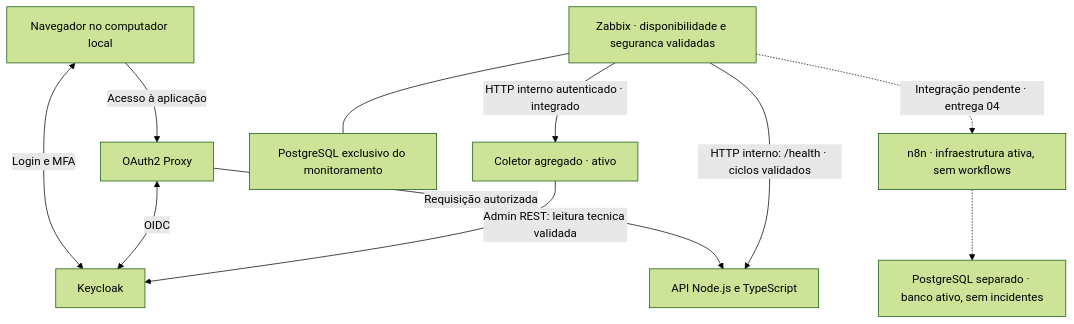
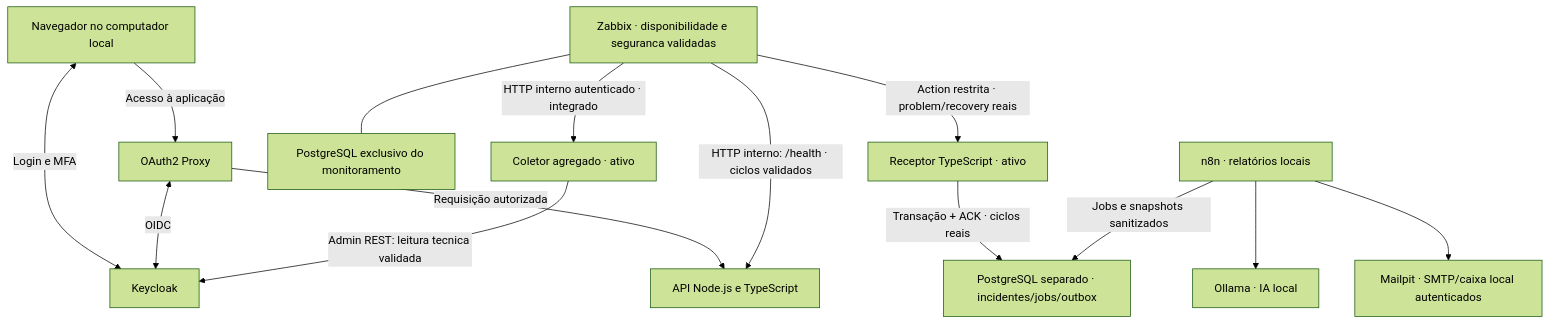
The diagram in docs/architecture.md (analiceleite/secure_ops_lab), drawn with Mermaid (forest theme) before and after one commit. The commit also changed other lines of this file and 43 other files, not shown here.

Commit message:
feat: integrar incidentes e relatorios com IA local e documentar demo

````diff
--- a/docs/architecture.md
+++ b/docs/architecture.md
@@ -15,14 +15,17 @@
 ```mermaid
 flowchart TD
     user[Navegador no computador local]
     user -->|Acesso à aplicação| proxy[OAuth2 Proxy]
     user <-->|Login e MFA| keycloak[Keycloak]
     proxy <-->|OIDC| keycloak
     proxy -->|Requisição autorizada| api[API Node.js e TypeScript]
     zabbix[Zabbix · disponibilidade e seguranca validadas] -->|HTTP interno: /health · ciclos validados| api
     collector[Coletor agregado · ativo] -->|Admin REST: leitura tecnica validada| keycloak
     zabbix -->|HTTP interno autenticado · integrado| collector
     zabbix --- db[PostgreSQL exclusivo do monitoramento]
-    zabbix -.->|Integração pendente · entrega 04| n8n[n8n · infraestrutura ativa, sem workflows]
-    n8n -.-> store[PostgreSQL separado · banco ativo, sem incidentes]
+    zabbix -->|Action restrita · problem/recovery reais| receiver[Receptor TypeScript · ativo]
+    receiver -->|Transação + ACK · ciclos reais| store[PostgreSQL separado · incidentes/jobs/outbox]
+    n8n[n8n · relatórios locais] -->|Jobs e snapshots sanitizados| store
+    n8n --> ollama[Ollama · IA local]
+    n8n --> mailpit[Mailpit · SMTP/caixa local autenticados]
 ```
````
